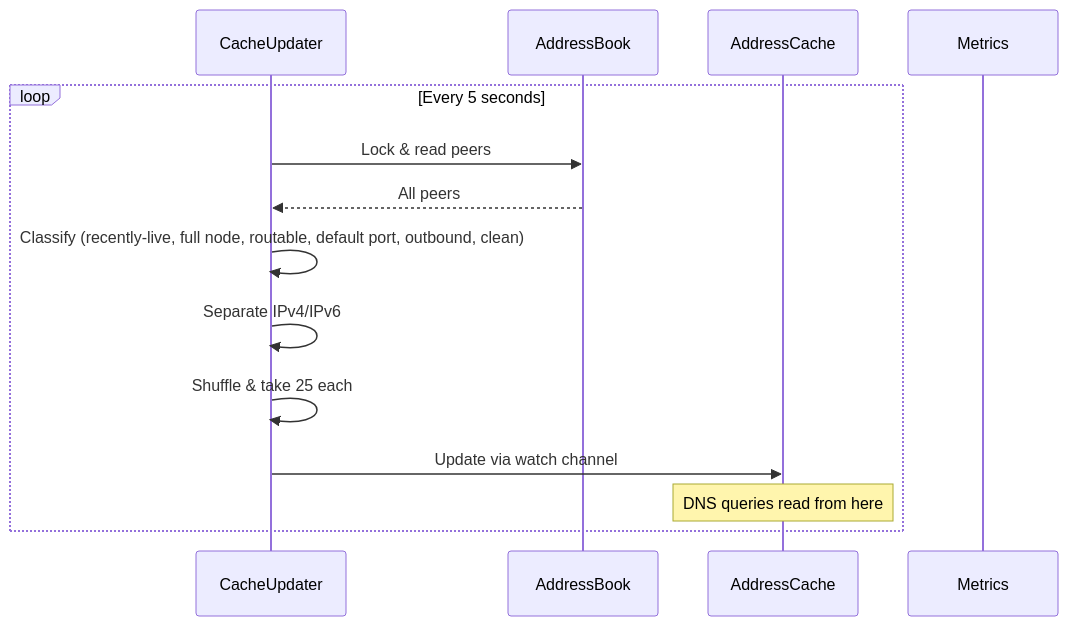
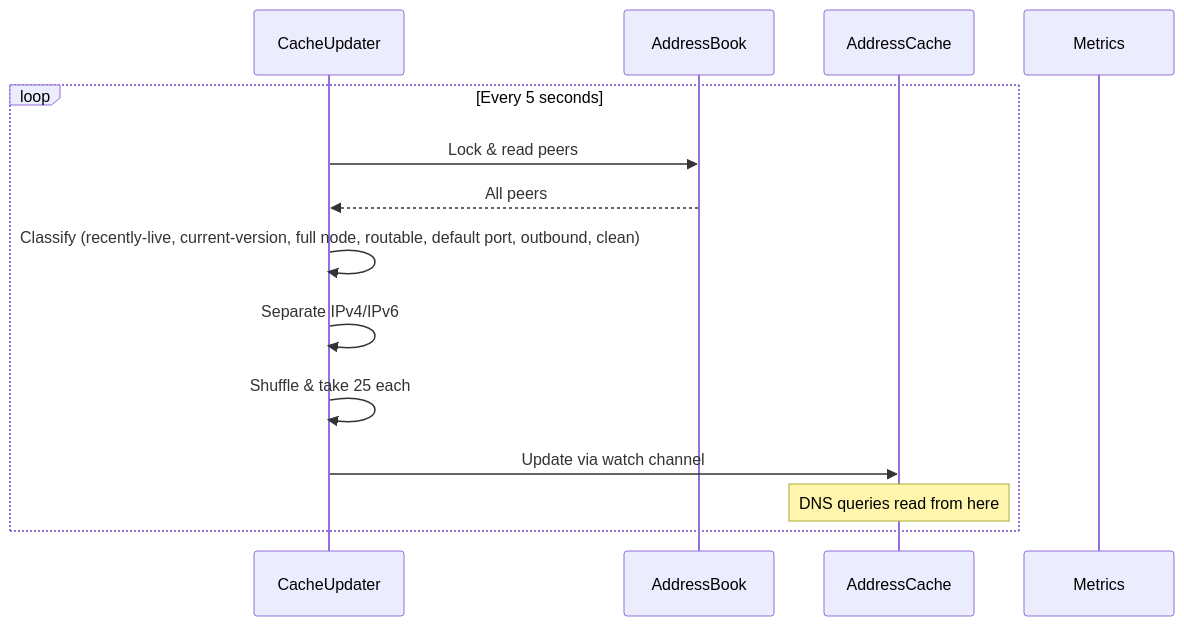
Before and after one commit to ZcashFoundation/zeeder: the third of 4 diagrams in docs/architecture.md, drawn with Mermaid. The commit also changed other lines of this file and 17 other files, not shown here.

````diff
--- a/docs/architecture.md
+++ b/docs/architecture.md
@@ -94,17 +95,17 @@
 ```mermaid
 sequenceDiagram
     participant CacheUpdater
     participant AddressBook
     participant AddressCache
     participant Metrics
     
     loop Every 5 seconds
         CacheUpdater->>AddressBook: Lock & read peers
         AddressBook-->>CacheUpdater: All peers
-        CacheUpdater->>CacheUpdater: Classify (recently-live, full node, routable, default port, outbound, clean)
+        CacheUpdater->>CacheUpdater: Classify (recently-live, current-version, full node, routable, default port, outbound, clean)
         CacheUpdater->>CacheUpdater: Separate IPv4/IPv6
         CacheUpdater->>CacheUpdater: Shuffle & take 25 each
         CacheUpdater->>AddressCache: Update via watch channel
         Note over AddressCache: DNS queries read from here
     end
 ```
````
